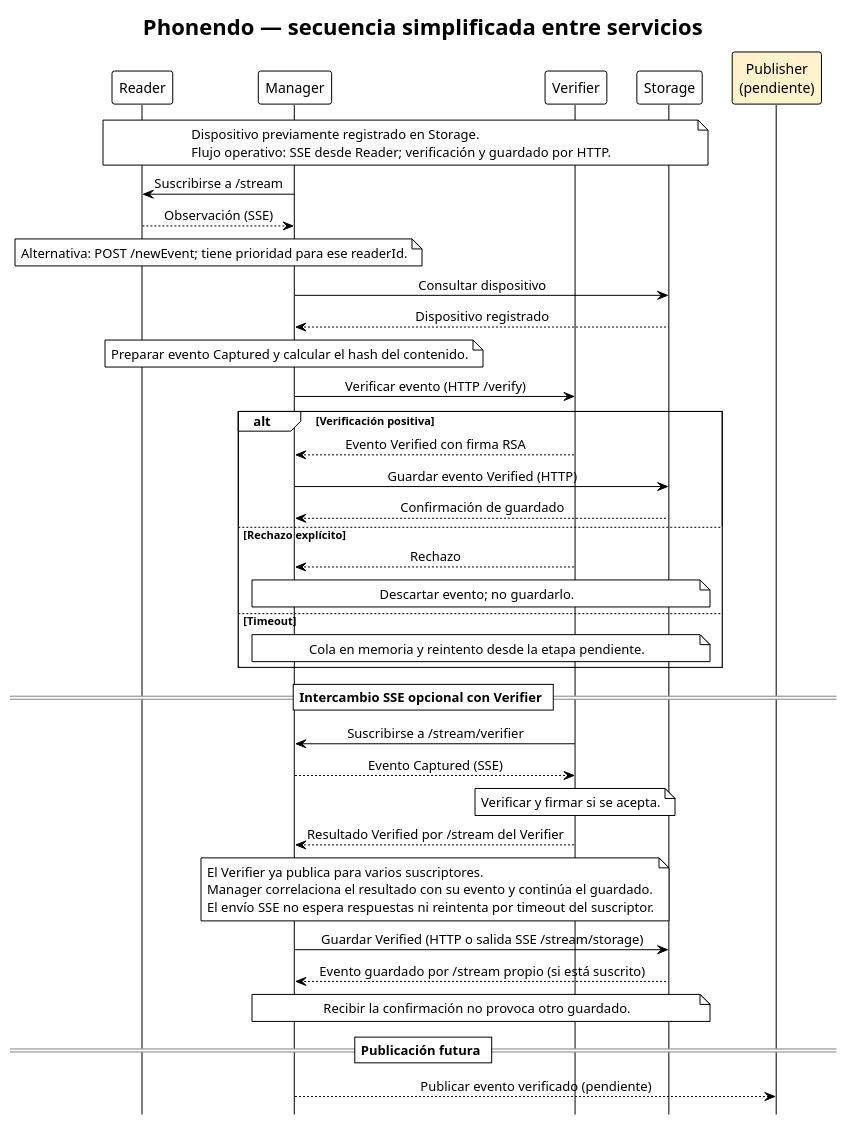
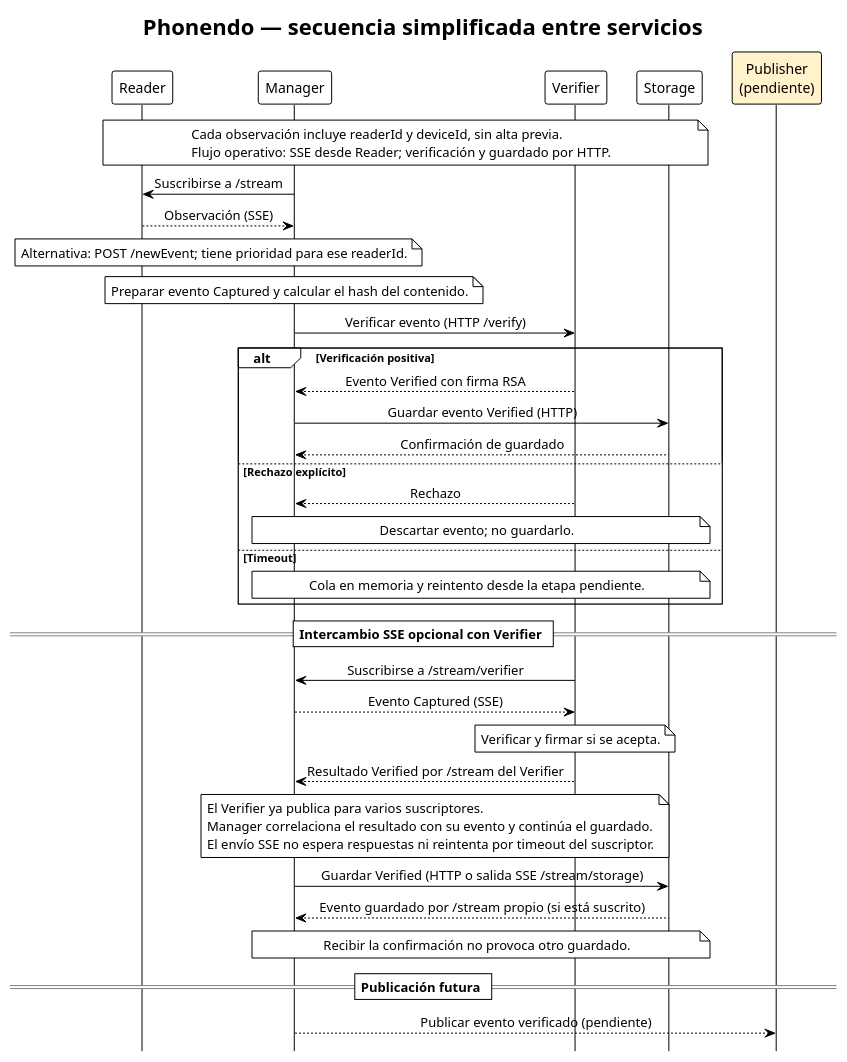
The diagram in docs/phonendo-secuencia.plantuml (ParriCode/phonedo), drawn with PlantUML before and after one commit. The commit also changed 38 other files, not shown here.

```diff
--- a/docs/phonendo-secuencia.plantuml
+++ b/docs/phonendo-secuencia.plantuml
@@ -1,53 +1,51 @@
 @startuml phonendo_secuencia
 !theme plain
 hide footbox
 skinparam shadowing false
 skinparam sequenceMessageAlign center
 title Phonendo — secuencia simplificada entre servicios
 
 participant Reader as R
 participant Manager as M
 participant Verifier as V
 participant Storage as S
 participant "Publisher\n(pendiente)" as P #FFF2CC
 
 note over R,S
-  Dispositivo previamente registrado en Storage.
+  Cada observación incluye readerId y deviceId, sin alta previa.
   Flujo operativo: SSE desde Reader; verificación y guardado por HTTP.
 end note
 M -> R : Suscribirse a /stream
 R --> M : Observación (SSE)
 note over R,M : Alternativa: POST /newEvent; tiene prioridad para ese readerId.
-M -> S : Consultar dispositivo
-S --> M : Dispositivo registrado
 note over M : Preparar evento Captured y calcular el hash del contenido.
 M -> V : Verificar evento (HTTP /verify)
 alt Verificación positiva
   V --> M : Evento Verified con firma RSA
   M -> S : Guardar evento Verified (HTTP)
   S --> M : Confirmación de guardado
 else Rechazo explícito
   V --> M : Rechazo
   note over M,S : Descartar evento; no guardarlo.
 else Timeout
   note over M,S : Cola en memoria y reintento desde la etapa pendiente.
 end
 
 == Intercambio SSE opcional con Verifier ==
 V -> M : Suscribirse a /stream/verifier
 M --> V : Evento Captured (SSE)
 note over V : Verificar y firmar si se acepta.
 V --> M : Resultado Verified por /stream del Verifier
 note over M,V
   El Verifier ya publica para varios suscriptores.
   Manager correlaciona el resultado con su evento y continúa el guardado.
   El envío SSE no espera respuestas ni reintenta por timeout del suscriptor.
 end note
 
 M -> S : Guardar Verified (HTTP o salida SSE /stream/storage)
 S --> M : Evento guardado por /stream propio (si está suscrito)
 note over M,S : Recibir la confirmación no provoca otro guardado.
 
 == Publicación futura ==
 M --> P : Publicar evento verificado (pendiente)
 @enduml
```
